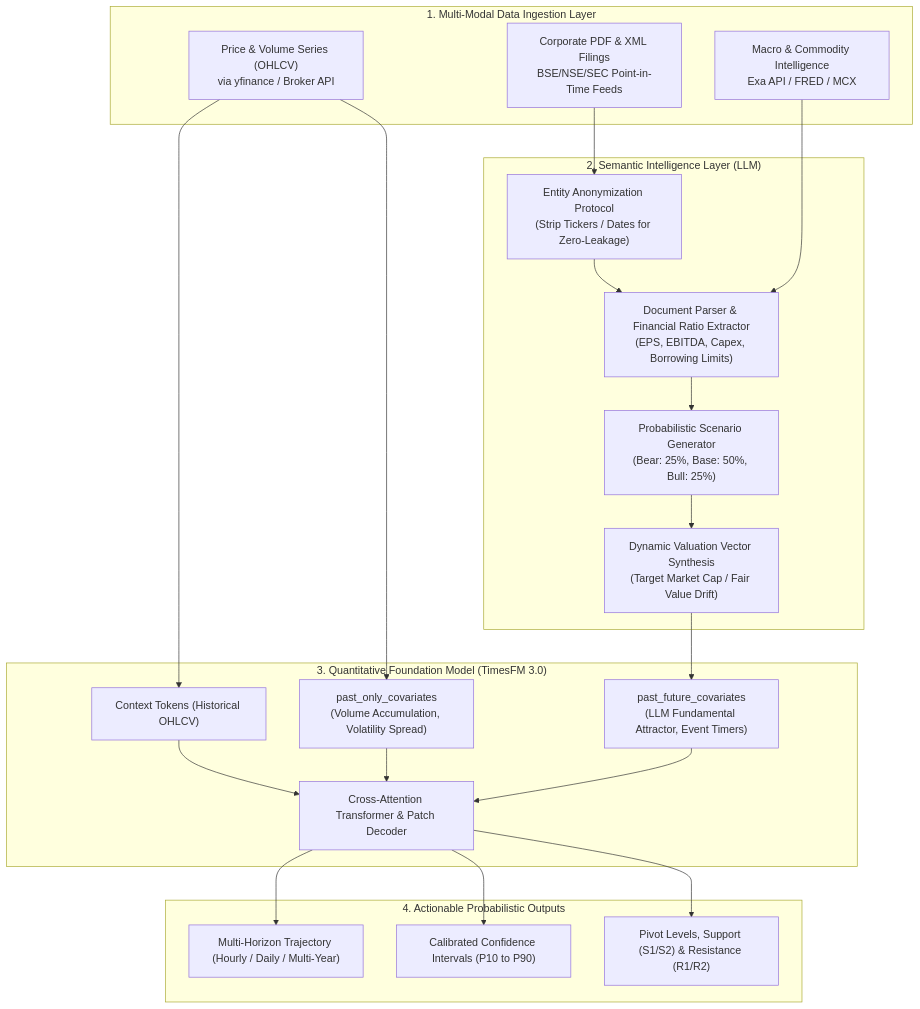
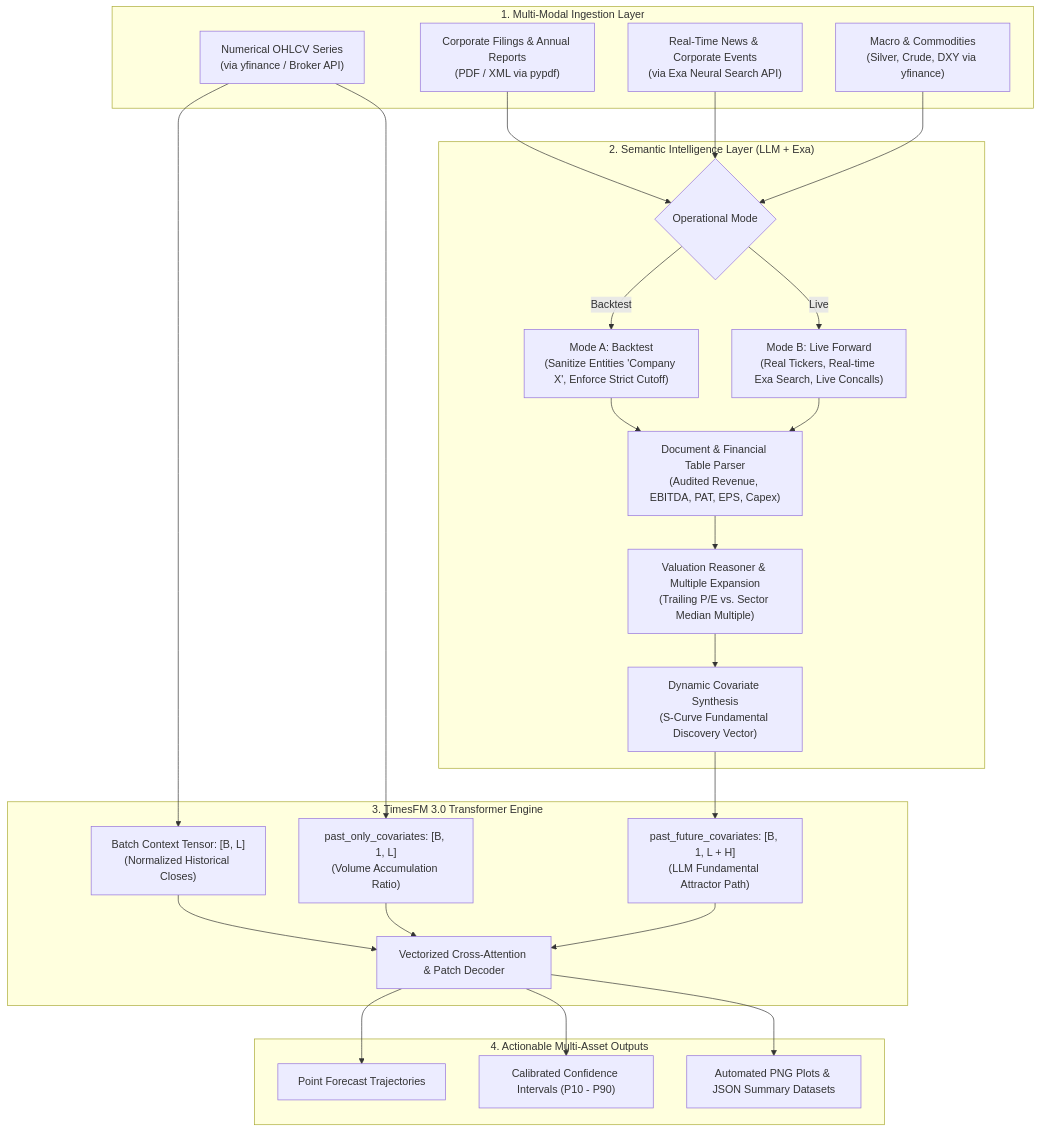
One commit to ajithvnr2001/timesfm-3.0-pytorch changed the diagram in HYBRID_GUIDE/README.md. Above: the diagram before and after it, drawn with Mermaid. The commit also changed other lines of this file and 1 other file, not shown here.

Commit message:
Deploy Complete End-to-End Enterprise Guide & Pipeline: Exa Neural Search integration, multi-ticker portfolio batch processing, backtest vs live modes, and prompt library

````diff
--- a/HYBRID_GUIDE/README.md
+++ b/HYBRID_GUIDE/README.md
@@ -35,36 +36,39 @@
 ```mermaid
 flowchart TD
-    subgraph Data_Layer ["1. Multi-Modal Data Ingestion Layer"]
-        A1["Price & Volume Series (OHLCV)<br/>via yfinance / Broker API"]
-        A2["Corporate PDF & XML Filings<br/>BSE/NSE/SEC Point-in-Time Feeds"]
-        A3["Macro & Commodity Intelligence<br/>Exa API / FRED / MCX"]
+    subgraph Data_Sources ["1. Multi-Modal Ingestion Layer"]
+        A1["Numerical OHLCV Series<br/>(via yfinance / Broker API)"]
+        A2["Corporate Filings & Annual Reports<br/>(PDF / XML via pypdf)"]
+        A3["Real-Time News & Corporate Events<br/>(via Exa Neural Search API)"]
+        A4["Macro & Commodities<br/>(Silver, Crude, DXY via yfinance)"]
     end
 
-    subgraph LLM_Reasoning ["2. Semantic Intelligence Layer (LLM)"]
-        B1["Entity Anonymization Protocol<br/>(Strip Tickers / Dates for Zero-Leakage)"]
-        B2["Document Parser & Financial Ratio Extractor<br/>(EPS, EBITDA, Capex, Borrowing Limits)"]
-        B3["Probabilistic Scenario Generator<br/>(Bear: 25%, Base: 50%, Bull: 25%)"]
-        B4["Dynamic Valuation Vector Synthesis<br/>(Target Market Cap / Fair Value Drift)"]
+    subgraph Semantic_Engine ["2. Semantic Intelligence Layer (LLM + Exa)"]
+        B1{"Operational Mode"}
+        B2["Mode A: Backtest<br/>(Sanitize Entities 'Company X', Enforce Strict Cutoff)"]
+        B3["Mode B: Live Forward<br/>(Real Tickers, Real-time Exa Search, Live Concalls)"]
+        B4["Document & Financial Table Parser<br/>(Audited Revenue, EBITDA, PAT, EPS, Capex)"]
+        B5["Valuation Reasoner & Multiple Expansion<br/>(Trailing P/E vs. Sector Median Multiple)"]
+        B6["Dynamic Covariate Synthesis<br/>(S-Curve Fundamental Discovery Vector)"]
     end
 
-    subgraph TimesFM_Layer ["3. Quantitative Foundation Model (TimesFM 3.0)"]
-        C1["Context Tokens (Historical OHLCV)"]
-        C2["past_only_covariates<br/>(Volume Accumulation, Volatility Spread)"]
-        C3["past_future_covariates<br/>(LLM Fundamental Attractor, Event Timers)"]
-        C4["Cross-Attention Transformer & Patch Decoder"]
+    subgraph Quantitative_Engine ["3. TimesFM 3.0 Transformer Engine"]
+        C1["Batch Context Tensor: [B, L]<br/>(Normalized Historical Closes)"]
+        C2["past_only_covariates: [B, 1, L]<br/>(Volume Accumulation Ratio)"]
+        C3["past_future_covariates: [B, 1, L + H]<br/>(LLM Fundamental Attractor Path)"]
+        C4["Vectorized Cross-Attention & Patch Decoder"]
     end
 
-    subgraph Output_Layer ["4. Actionable Probabilistic Outputs"]
-        D1["Multi-Horizon Trajectory (Hourly / Daily / Multi-Year)"]
-        D2["Calibrated Confidence Intervals (P10 to P90)"]
-        D3["Pivot Levels, Support (S1/S2) & Resistance (R1/R2)"]
+    subgraph Output_Layer ["4. Actionable Multi-Asset Outputs"]
+        D1["Point Forecast Trajectories"]
+        D2["Calibrated Confidence Intervals (P10 - P90)"]
+        D3["Automated PNG Plots & JSON Summary Datasets"]
     end
 
-    A1 --> C1
-    A1 --> C2
-    A2 --> B1 --> B2 --> B3 --> B4
-    A3 --> B2
-    B4 --> C3
+    A1 --> C1 & C2
+    A2 & A3 & A4 --> B1
+    B1 -->|Backtest| B2 --> B4
+    B1 -->|Live| B3 --> B4
+    B4 --> B5 --> B6 --> C3
     C1 & C2 & C3 --> C4
     C4 --> D1 & D2 & D3
 ```
````
